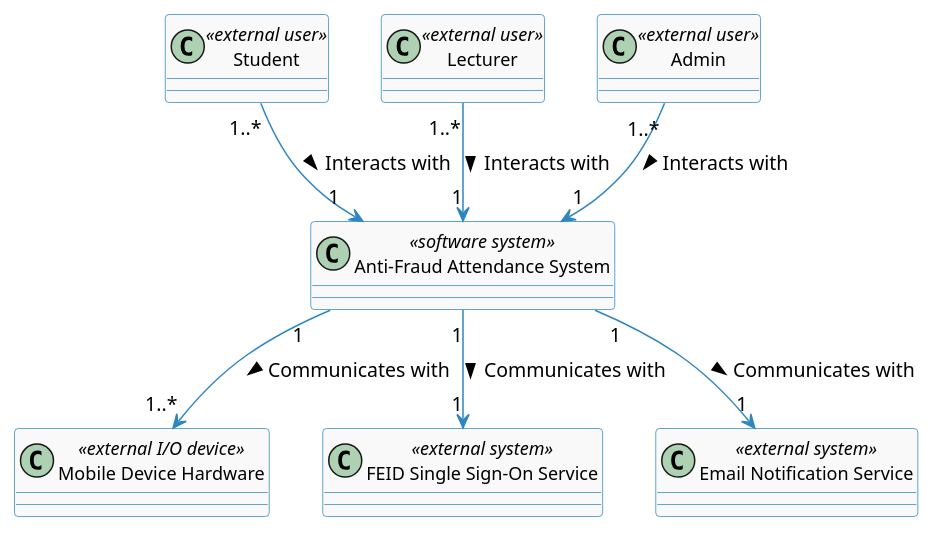
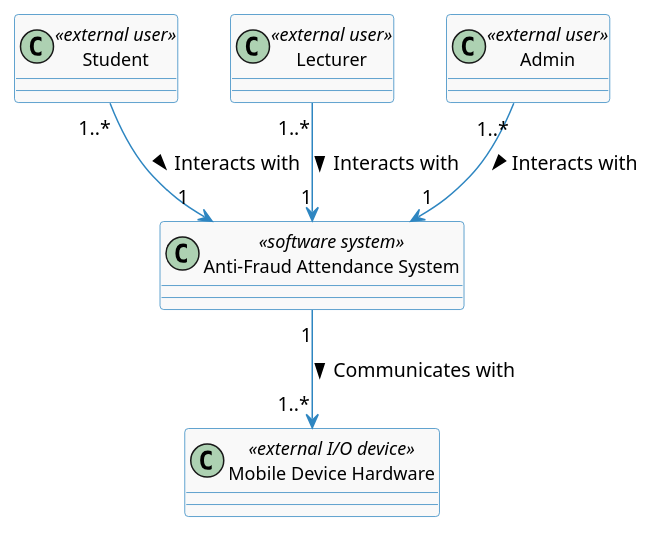
The first of 6 diagrams in MainDocs/1_Requirement.md (nttung42/SWD392), drawn with PlantUML before and after one commit. The commit also changed other lines of this file, not shown here.

````diff
--- a/MainDocs/1_Requirement.md
+++ b/MainDocs/1_Requirement.md
@@ -103,30 +93,24 @@
 ```plantuml
 @startuml System_Context_Class_Diagram
 skinparam ClassBackgroundColor #F9F9F9
 skinparam ClassBorderColor #2E86C1
 skinparam ArrowColor #2E86C1
 skinparam ClassFontSize 12
 
 class "Anti-Fraud Attendance System" as Anti_Fraud_Attendance_System <<software system>>
 
 class Student <<external user>>
 
 class Lecturer <<external user>>
 
 class Admin <<external user>>
 
 class "Mobile Device Hardware" as MobileDeviceHardware <<external I/O device>>
 
-class "FEID Single Sign-On Service" as FEID_SSO_Service <<external system>>
-
-class "Email Notification Service" as Email_Service <<external system>>
-
 Student "1..*" --> "1" Anti_Fraud_Attendance_System : Interacts with >
 Lecturer "1..*" --> "1" Anti_Fraud_Attendance_System : Interacts with >
 Admin "1..*" --> "1" Anti_Fraud_Attendance_System : Interacts with >
 
 Anti_Fraud_Attendance_System "1" --> "1..*" MobileDeviceHardware : Communicates with >
-Anti_Fraud_Attendance_System "1" --> "1" FEID_SSO_Service : Communicates with >
-Anti_Fraud_Attendance_System "1" --> "1" Email_Service : Communicates with >
 @enduml
 ```
````
